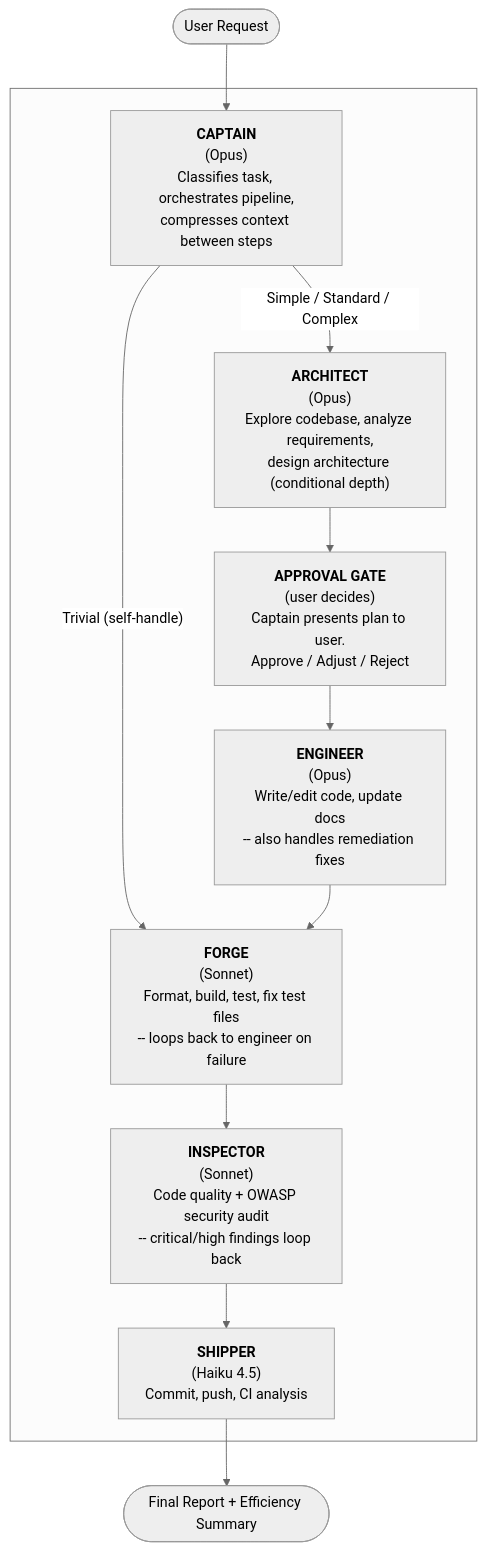
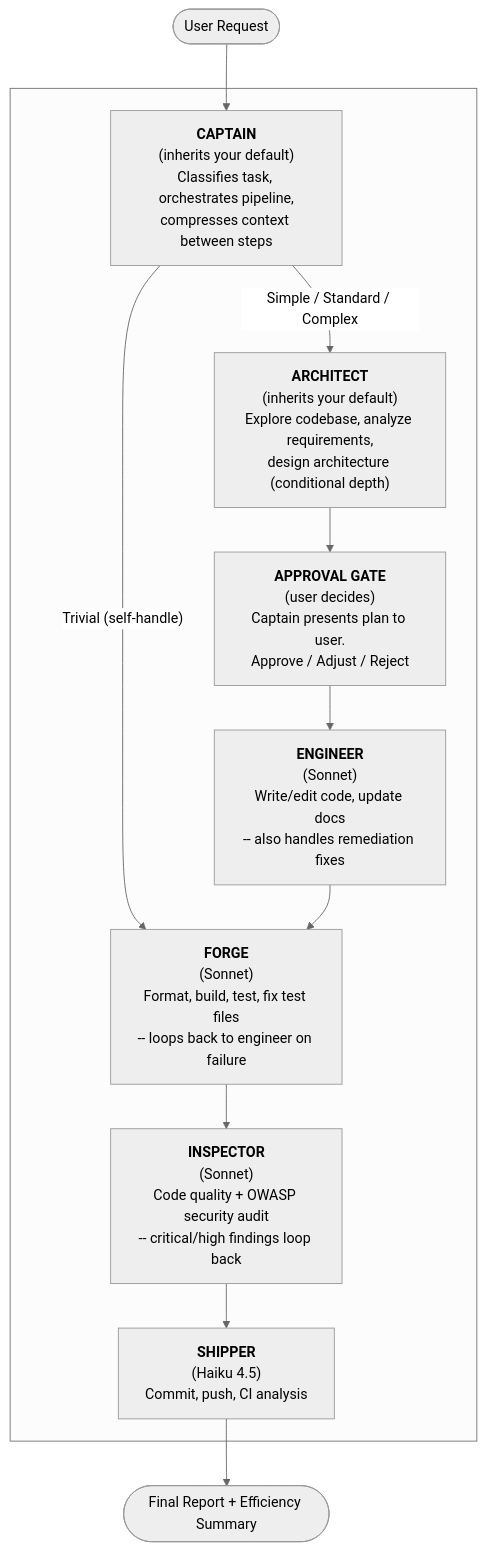
The second of 2 diagrams in README.md (Racle/agent-team-pipeline), drawn with Mermaid (neutral theme) before and after one commit. The commit also changed other lines of this file and 1 other file, not shown here.

````diff
--- a/README.md
+++ b/README.md
@@ -191,31 +193,31 @@
 ```mermaid
 graph TD
     UserRequest([User Request]) --> Captain
 
     subgraph " "
-    Captain["<b>CAPTAIN</b><br/>(Opus)<br/>Classifies task, orchestrates pipeline,<br/>compresses context between steps"]
+    Captain["<b>CAPTAIN</b><br/>(inherits your default)<br/>Classifies task, orchestrates pipeline,<br/>compresses context between steps"]
 
-    Architect["<b>ARCHITECT</b><br/>(Opus)<br/>Explore codebase, analyze requirements,<br/>design architecture (conditional depth)"]
+    Architect["<b>ARCHITECT</b><br/>(inherits your default)<br/>Explore codebase, analyze requirements,<br/>design architecture (conditional depth)"]
 
     Gate["<b>APPROVAL GATE</b><br/>(user decides)<br/>Captain presents plan to user.<br/>Approve / Adjust / Reject"]
 
-    Engineer["<b>ENGINEER</b><br/>(Opus)<br/>Write/edit code, update docs<br/>-- also handles remediation fixes"]
+    Engineer["<b>ENGINEER</b><br/>(Sonnet)<br/>Write/edit code, update docs<br/>-- also handles remediation fixes"]
 
     Forge["<b>FORGE</b><br/>(Sonnet)<br/>Format, build, test, fix test files<br/>-- loops back to engineer on failure"]
 
     Inspector["<b>INSPECTOR</b><br/>(Sonnet)<br/>Code quality + OWASP security audit<br/>-- critical/high findings loop back"]
 
     Shipper["<b>SHIPPER</b><br/>(Haiku 4.5)<br/>Commit, push, CI analysis"]
     end
 
     Captain -- "Simple / Standard / Complex" --> Architect
     Captain -- "Trivial (self-handle)" --> Forge
 
     Architect --> Gate
     Gate --> Engineer
     Engineer --> Forge
     Forge --> Inspector
     Inspector --> Shipper
 
     Shipper --> Report([Final Report + Efficiency Summary])
 ```
````
